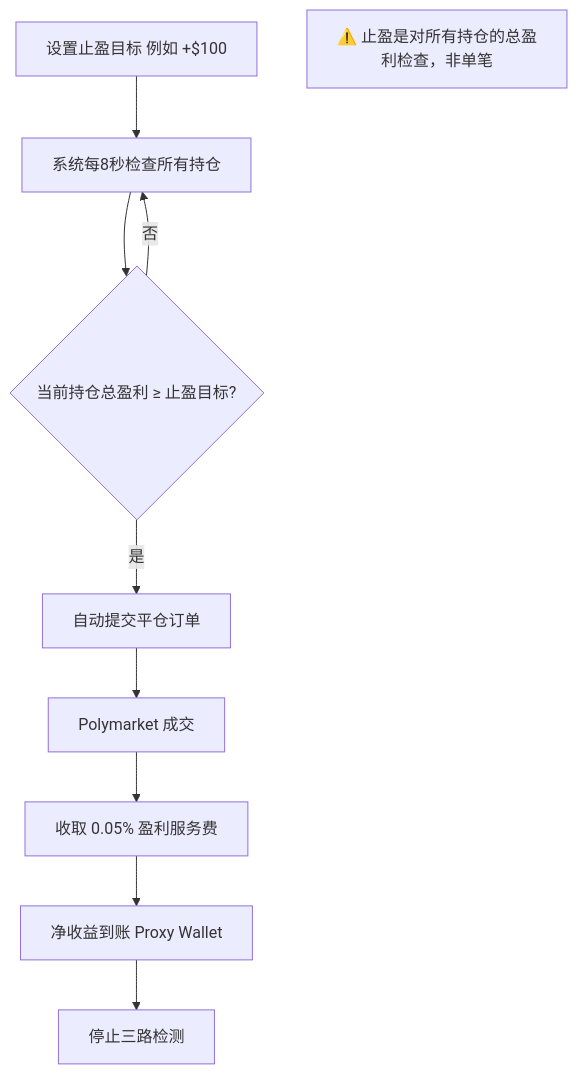
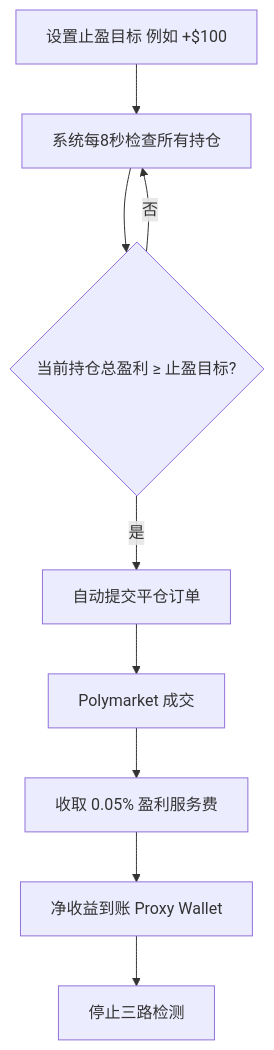
The sixth of 13 diagrams in research/02_polycop/analysis.md (survivorff/polymarket_research), drawn with Mermaid before and after one commit. The commit also changed other lines of this file and 11 other files, not shown here.

First line of the commit message:
修复所有 Mermaid 语法错误，确保流程图可正常渲染

````diff
--- a/research/02_polycop/analysis.md
+++ b/research/02_polycop/analysis.md
@@ -154,12 +154,12 @@
 ```mermaid
 flowchart TD
     A[设置止盈目标 例如 +$100] --> B[系统每8秒检查所有持仓]
     B --> C{当前持仓总盈利 ≥ 止盈目标?}
     C -->|否| B
     C -->|是| D[自动提交平仓订单]
     D --> E[Polymarket 成交]
     E --> F[收取 0.05% 盈利服务费]
     F --> G[净收益到账 Proxy Wallet]
     G --> H[停止三路检测]
-    note1[⚠️ 止盈是对所有持仓的总盈利检查，非单笔]
+    %% 注: ⚠️ 止盈是对所有持仓的总盈利检查，非单笔
 ```
````
